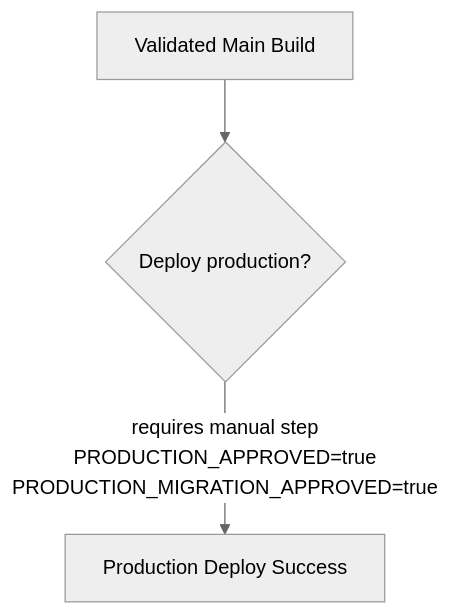
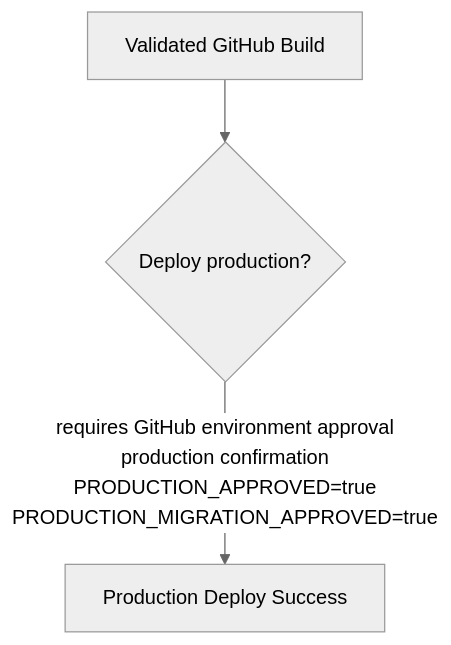
The second of 3 diagrams in docs/architecture/deployment-flow.md (miljimo/rollfinders), drawn with Mermaid (neutral theme) before and after one commit. The commit also changed other lines of this file and 23 other files, not shown here.

````diff
--- a/docs/architecture/deployment-flow.md
+++ b/docs/architecture/deployment-flow.md
@@ -49,9 +55,9 @@
 ```mermaid
 flowchart TD
-  ready[Validated Main Build]
+  ready[Validated GitHub Build]
   prod_check{Deploy production?}
   prod[Production Deploy Success]
 
   ready --> prod_check
-  prod_check -->|requires manual step<br/>PRODUCTION_APPROVED=true<br/>PRODUCTION_MIGRATION_APPROVED=true| prod
+  prod_check -->|requires GitHub environment approval<br/>production confirmation<br/>PRODUCTION_APPROVED=true<br/>PRODUCTION_MIGRATION_APPROVED=true| prod
 ```
````
